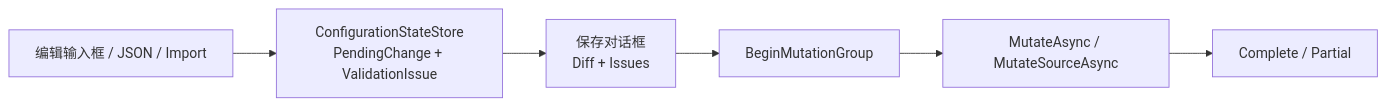
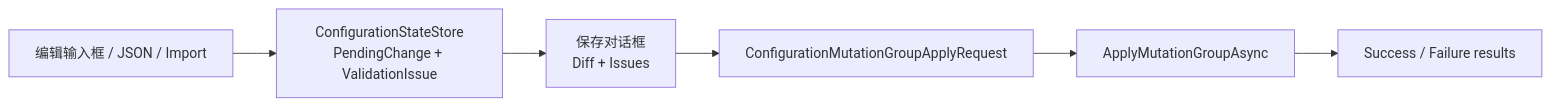
Before and after one commit to Tairitsua/Monica.Docs: the diagram in docs/zh-CN/modules/configuration-ui/configuration.md, drawn with Mermaid. The commit also changed other lines of this file and 301 other files, not shown here.

````diff
--- a/docs/zh-CN/modules/configuration-ui/configuration.md
+++ b/docs/zh-CN/modules/configuration-ui/configuration.md
@@ -42,11 +44,11 @@
 ```mermaid
 flowchart LR
     edit["编辑输入框 / JSON / Import"]
     staged["ConfigurationStateStore<br/>PendingChange + ValidationIssue"]
     dialog["保存对话框<br/>Diff + Issues"]
-    group["BeginMutationGroup"]
-    mutate["MutateAsync / MutateSourceAsync"]
-    complete["Complete / Partial"]
+    request["ConfigurationMutationGroupApplyRequest"]
+    apply["ApplyMutationGroupAsync"]
+    result["Success / Failure results"]
 
-    edit --> staged --> dialog --> group --> mutate --> complete
+    edit --> staged --> dialog --> request --> apply --> result
 ```
````
